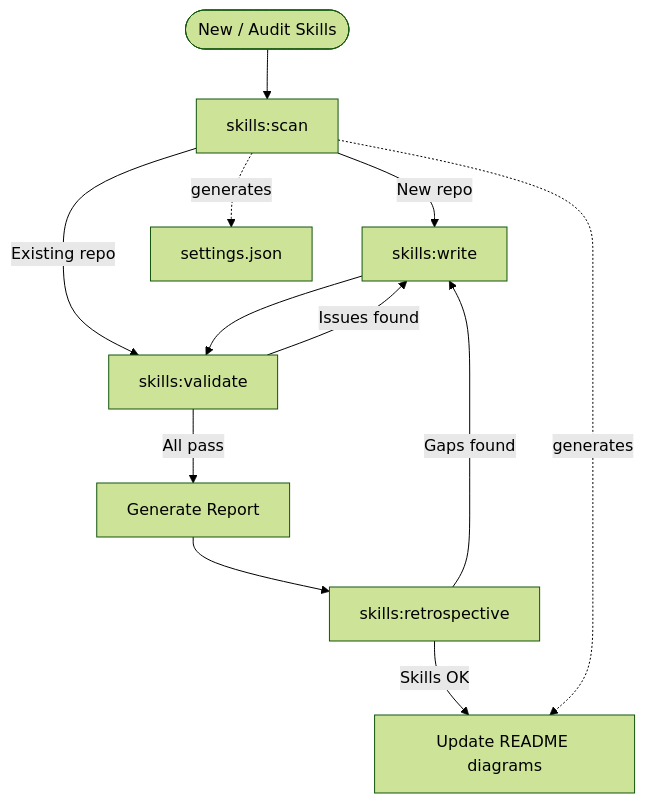
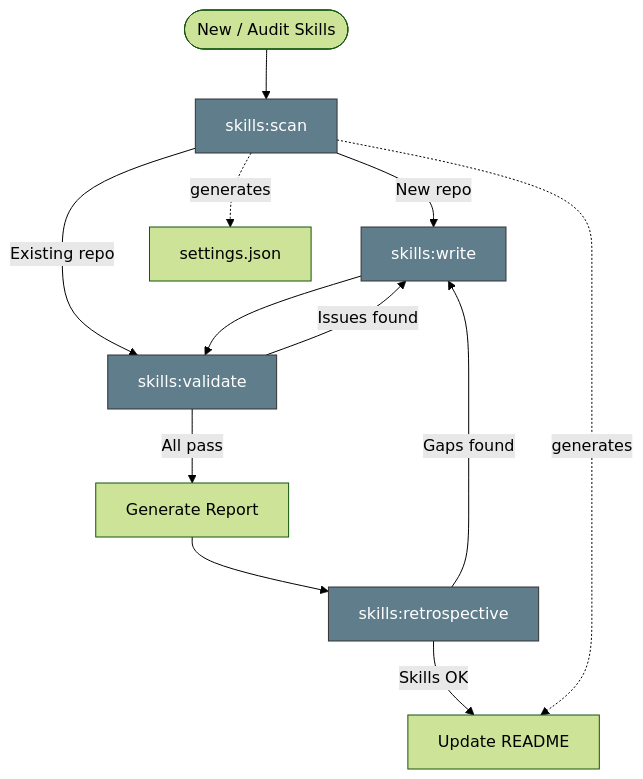
Before and after one commit to pdettori/kagenti: the fifth of 8 diagrams in .claude/skills/README.md, drawn with Mermaid (forest theme). The commit also changed other lines of this file and 13 other files, not shown here.

First line of the commit message:
🌱 Add TOC, color-coded diagrams, cross-links, and review fixes

````diff
--- a/.claude/skills/README.md
+++ b/.claude/skills/README.md
@@ -124,16 +174,18 @@
 ```mermaid
 flowchart TD
-    START([New / Audit Skills]) --> SCAN["skills:scan"]
-    SCAN -->|New repo| WRITE["skills:write"]
-    SCAN -->|Existing repo| VALIDATE["skills:validate"]
+    START([New / Audit Skills]) --> SCAN["skills:scan"]:::skills
+    SCAN -->|New repo| WRITE["skills:write"]:::skills
+    SCAN -->|Existing repo| VALIDATE["skills:validate"]:::skills
     VALIDATE -->|Issues found| WRITE
-    VALIDATE -->|All pass| REPORT["Generate Report"]
+    VALIDATE -->|All pass| REPORT[Generate Report]
 
     WRITE --> VALIDATE
-    REPORT --> RETRO["skills:retrospective"]
+    REPORT --> RETRO["skills:retrospective"]:::skills
     RETRO -->|Gaps found| WRITE
-    RETRO -->|Skills OK| README["Update README diagrams"]
+    RETRO -->|Skills OK| README[Update README]
 
-    SCAN -.->|generates| SETTINGS["settings.json"]
+    SCAN -.->|generates| SETTINGS[settings.json]
     SCAN -.->|generates| README
+
+    classDef skills fill:#607D8B,stroke:#333,color:white
 ```
````
